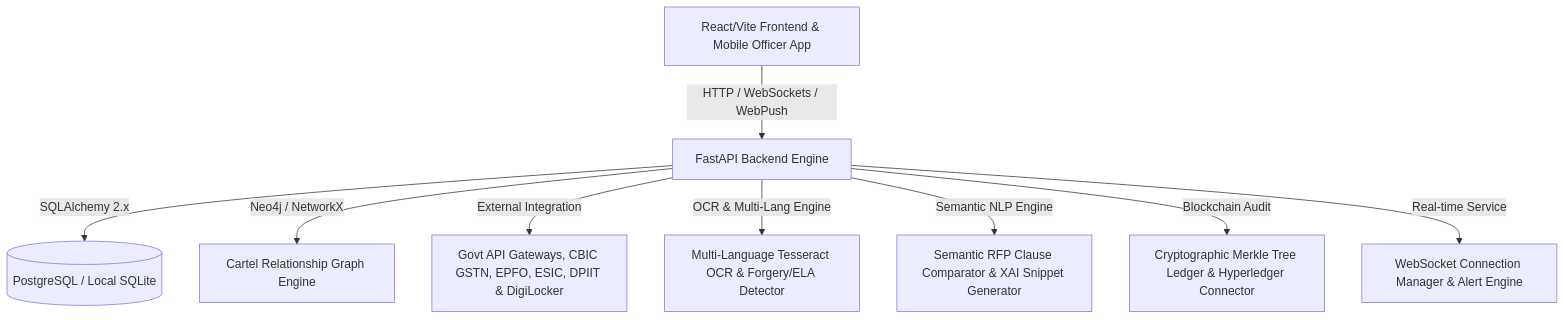
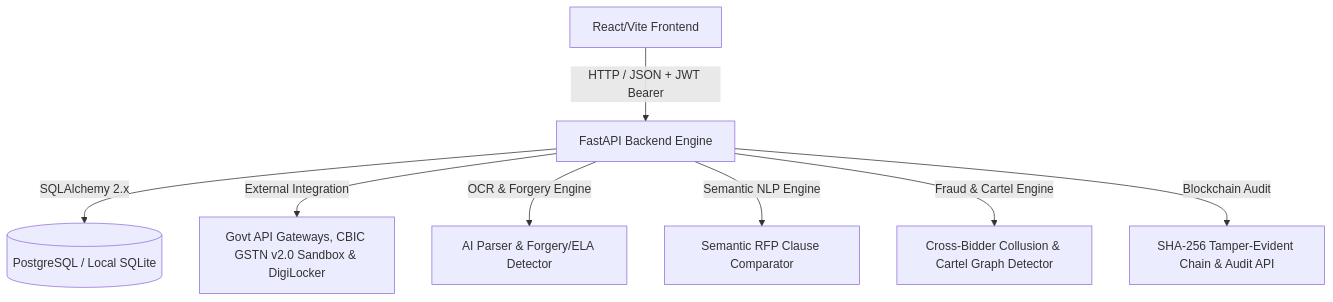
The diagram in brain.md (Yogeshsingh123-LAB/-AI-Powered-Integrated-Bid-Compliance-Verification-Platform-for-GeM-Procurement), drawn with Mermaid before and after one commit. The commit also changed other lines of this file and 3 other files, not shown here.

````diff
--- a/brain.md
+++ b/brain.md
@@ -14,11 +14,10 @@
 ```mermaid
 graph TD
-    A[React/Vite Frontend & Mobile Officer App] -- HTTP / WebSockets / WebPush --> B[FastAPI Backend Engine]
+    A[React/Vite Frontend] -- HTTP / JSON + JWT Bearer --> B[FastAPI Backend Engine]
     B -- SQLAlchemy 2.x --> C[(PostgreSQL / Local SQLite)]
-    B -- Neo4j / NetworkX --> D[Cartel Relationship Graph Engine]
-    B -- External Integration --> E[Govt API Gateways, CBIC GSTN, EPFO, ESIC, DPIIT & DigiLocker]
-    B -- OCR & Multi-Lang Engine --> F[Multi-Language Tesseract OCR & Forgery/ELA Detector]
-    B -- Semantic NLP Engine --> G[Semantic RFP Clause Comparator & XAI Snippet Generator]
-    B -- Blockchain Audit --> H[Cryptographic Merkle Tree Ledger & Hyperledger Connector]
-    B -- Real-time Service --> I[WebSocket Connection Manager & Alert Engine]
+    B -- External Integration --> E[Govt API Gateways, CBIC GSTN v2.0 Sandbox & DigiLocker]
+    B -- OCR & Forgery Engine --> F[AI Parser & Forgery/ELA Detector]
+    B -- Semantic NLP Engine --> G[Semantic RFP Clause Comparator]
+    B -- Fraud & Cartel Engine --> H[Cross-Bidder Collusion & Cartel Graph Detector]
+    B -- Blockchain Audit --> I[SHA-256 Tamper-Evident Chain & Audit API]
 ```
````
